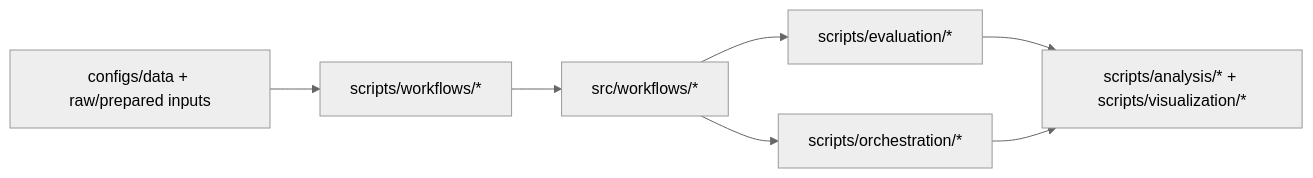
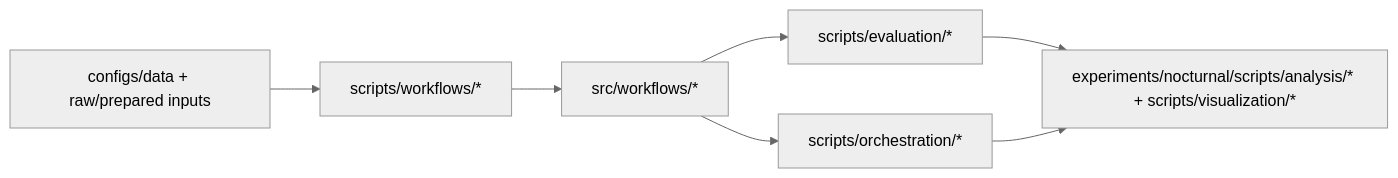
The diagram in docs/user-guide/example-scripts-guide.md (Blood-Glucose-Control/GlucoFoundry), drawn with Mermaid (neutral theme) before and after one commit. The commit also changed other lines of this file and 149 other files, not shown here.

First line of the commit message:
feat(experiments): migrate nocturnal artifacts into experiments/nocturnal/

````diff
--- a/docs/user-guide/example-scripts-guide.md
+++ b/docs/user-guide/example-scripts-guide.md
@@ -158,15 +158,15 @@
 ```mermaid
 flowchart LR
     D[configs/data + raw/prepared inputs]
     W[scripts/workflows/*]
     SW[src/workflows/*]
     E[scripts/evaluation/*]
     O[scripts/orchestration/*]
-    A[scripts/analysis/* + scripts/visualization/*]
+    A[experiments/nocturnal/scripts/analysis/* + scripts/visualization/*]
 
     D --> W --> SW
     SW --> E
     SW --> O
     E --> A
     O --> A
 ```
````
